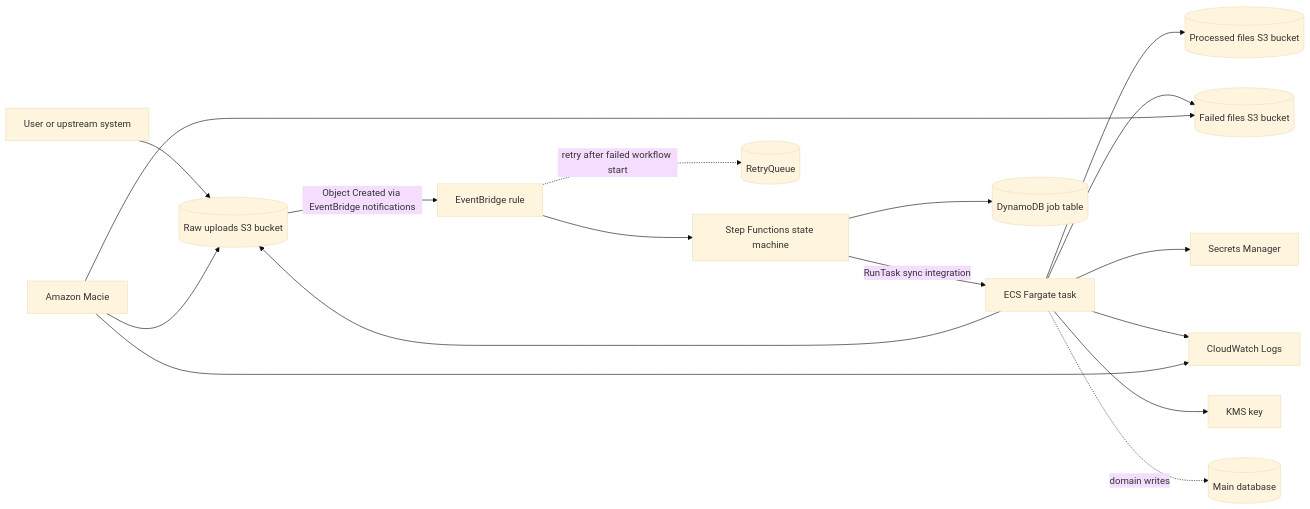
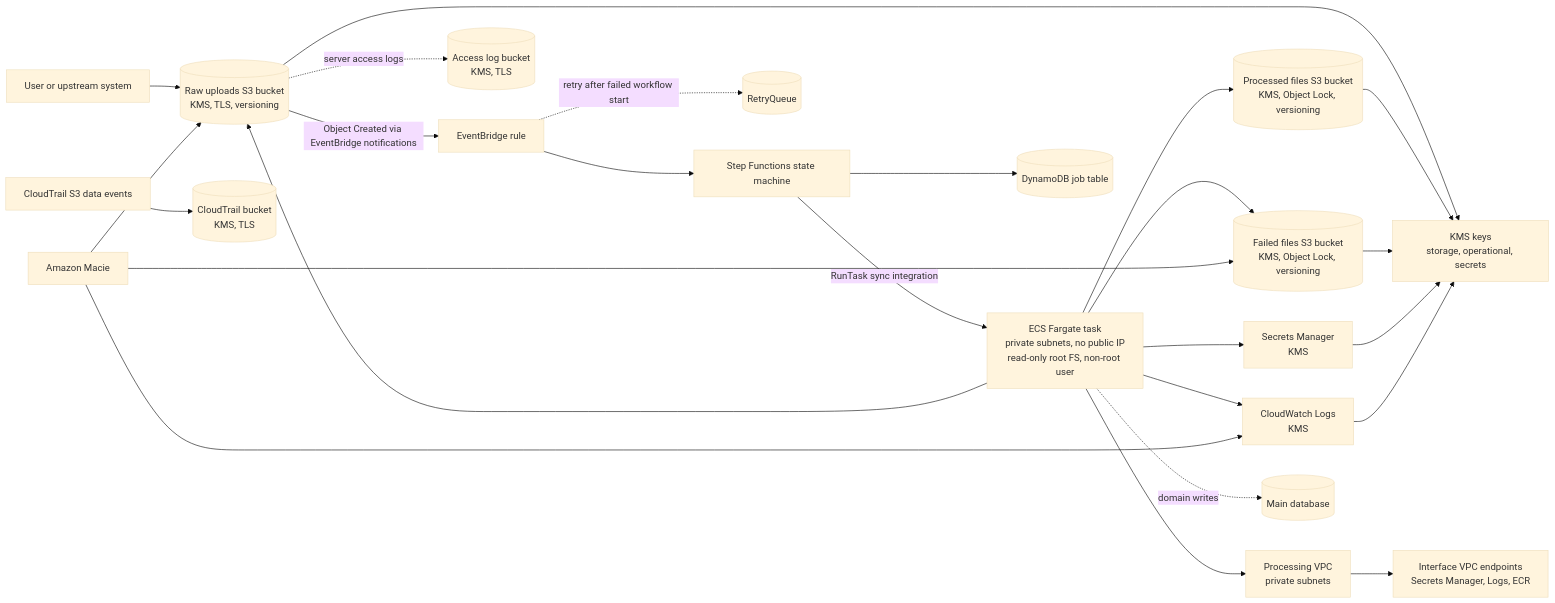
The diagram in README.md (tukue/data-processing-infrastructure), drawn with Mermaid (base theme) before and after one commit.

Commit message:
Update architecture diagram for security config

````diff
--- a/README.md
+++ b/README.md
@@ -9,19 +9,27 @@
 ```mermaid
 flowchart LR
-    user[User or upstream system] --> raw[(Raw uploads S3 bucket)]
+    user[User or upstream system] --> raw[(Raw uploads S3 bucket<br/>KMS, TLS, versioning)]
     raw -->|Object Created via EventBridge notifications| rule[EventBridge rule]
+    raw -. server access logs .-> accessLogs[(Access log bucket<br/>KMS, TLS)]
     rule --> sfn[Step Functions state machine]
-    sfn -->|RunTask sync integration| ecs[ECS Fargate task]
+    sfn -->|RunTask sync integration| ecs[ECS Fargate task<br/>private subnets, no public IP<br/>read-only root FS, non-root user]
     ecs --> raw
-    ecs --> processed[(Processed files S3 bucket)]
-    ecs --> failed[(Failed files S3 bucket)]
-    ecs --> secrets[Secrets Manager]
-    ecs --> logs[CloudWatch Logs]
-    ecs --> kms[KMS key]
+    ecs --> processed[(Processed files S3 bucket<br/>KMS, Object Lock, versioning)]
+    ecs --> failed[(Failed files S3 bucket<br/>KMS, Object Lock, versioning)]
+    ecs --> secrets[Secrets Manager<br/>KMS]
+    ecs --> logs[CloudWatch Logs<br/>KMS]
+    ecs --> vpc[Processing VPC<br/>private subnets]
+    vpc --> endpoints[Interface VPC endpoints<br/>Secrets Manager, Logs, ECR]
+    trail[CloudTrail S3 data events] --> cloudtrailBucket[(CloudTrail bucket<br/>KMS, TLS)]
+    raw --> kms[KMS keys<br/>storage, operational, secrets]
+    processed --> kms
+    failed --> kms
+    secrets --> kms
+    logs --> kms
     sfn --> jobs[(DynamoDB job table)]
     rule -. retry after failed workflow start .-> retry[(RetryQueue)]
     macie[Amazon Macie] --> logs
     macie --> raw
     macie --> failed
     ecs -. domain writes .-> db[(Main database)]
 ```
````
